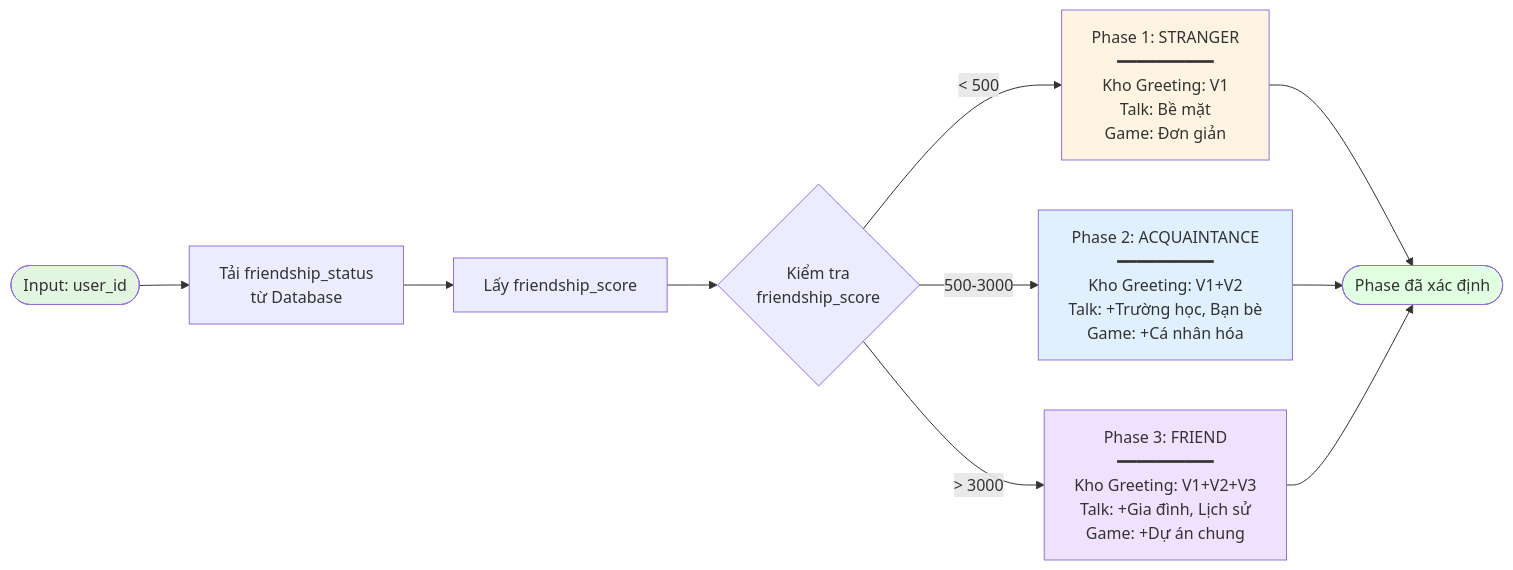
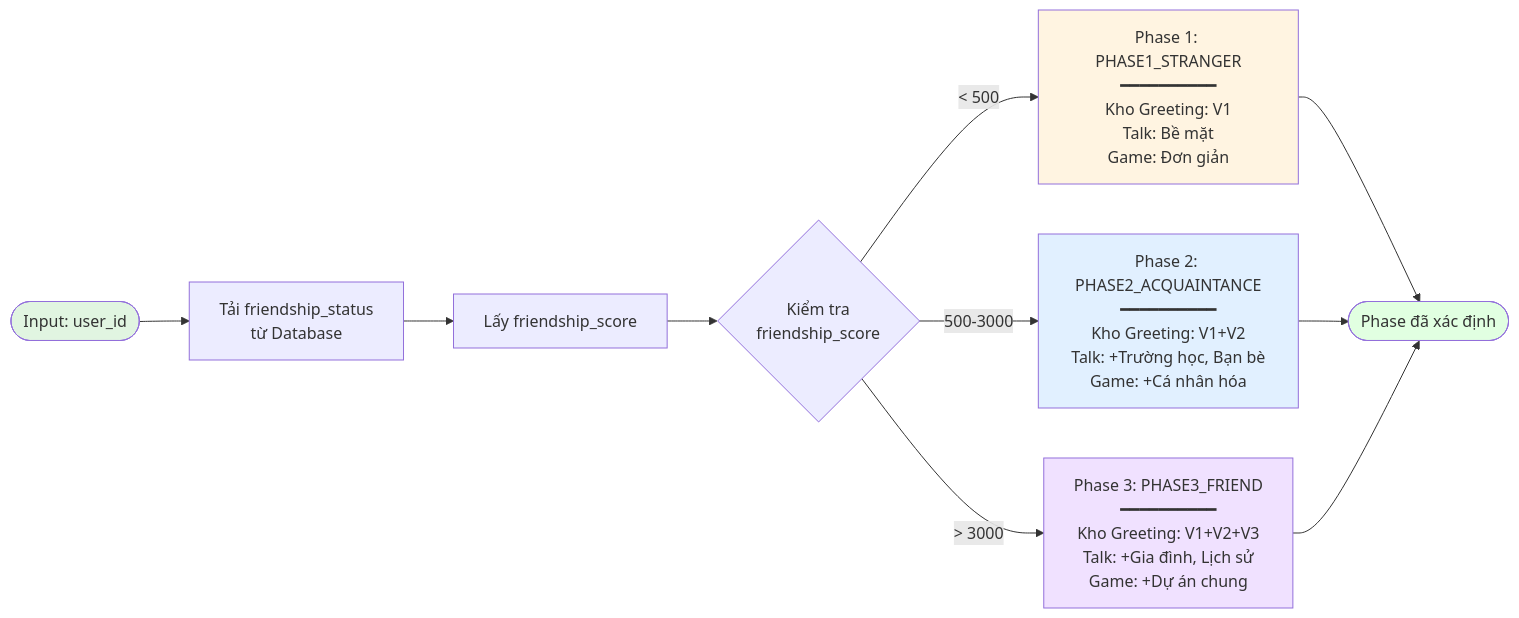
One commit to DoanNgocCuong/context-handling-bigmodule_PikaRobot_25112025 changed the second of 8 diagrams in docs/1_TaiLieuRobot_T2_24112025 - Robot/Tài liệu 3.1  Visulize Logic đầu ngày PIC - Đoàn Ngọc Cường - MANUS.md. Above: the diagram before and after it, drawn with Mermaid. The commit also changed other lines of this file and 35 other files, not shown here.

First line of the commit message:
[update name: STRANGER - ACQUAINTANCE - FRIEND]

````diff
--- a/docs/1_TaiLieuRobot_T2_24112025 - Robot/Tài liệu 3.1  Visulize Logic đầu ngày PIC - Đoàn Ngọc Cường - MANUS.md
+++ b/docs/1_TaiLieuRobot_T2_24112025 - Robot/Tài liệu 3.1  Visulize Logic đầu ngày PIC - Đoàn Ngọc Cường - MANUS.md
@@ -62,21 +62,21 @@
 ```mermaid
 flowchart LR
     Start([Input: user_id]) --> Load[Tải friendship_status<br/>từ Database]
     Load --> GetScore[Lấy friendship_score]
     
     GetScore --> Check{Kiểm tra<br/>friendship_score}
     
-    Check -->|< 500| P1[Phase 1: STRANGER<br/>━━━━━━━━━━<br/>Kho Greeting: V1<br/>Talk: Bề mặt<br/>Game: Đơn giản]
-    Check -->|500-3000| P2[Phase 2: ACQUAINTANCE<br/>━━━━━━━━━━<br/>Kho Greeting: V1+V2<br/>Talk: +Trường học, Bạn bè<br/>Game: +Cá nhân hóa]
-    Check -->|> 3000| P3[Phase 3: FRIEND<br/>━━━━━━━━━━<br/>Kho Greeting: V1+V2+V3<br/>Talk: +Gia đình, Lịch sử<br/>Game: +Dự án chung]
+    Check -->|< 500| P1[Phase 1: PHASE1_STRANGER<br/>━━━━━━━━━━<br/>Kho Greeting: V1<br/>Talk: Bề mặt<br/>Game: Đơn giản]
+    Check -->|500-3000| P2[Phase 2: PHASE2_ACQUAINTANCE<br/>━━━━━━━━━━<br/>Kho Greeting: V1+V2<br/>Talk: +Trường học, Bạn bè<br/>Game: +Cá nhân hóa]
+    Check -->|> 3000| P3[Phase 3: PHASE3_FRIEND<br/>━━━━━━━━━━<br/>Kho Greeting: V1+V2+V3<br/>Talk: +Gia đình, Lịch sử<br/>Game: +Dự án chung]
     
     P1 --> Output([Phase đã xác định])
     P2 --> Output
     P3 --> Output
     
     style Start fill:#e1f5e1
     style Output fill:#e1ffe1
     style P1 fill:#fff4e1
     style P2 fill:#e1f0ff
     style P3 fill:#f0e1ff
 ```
````
